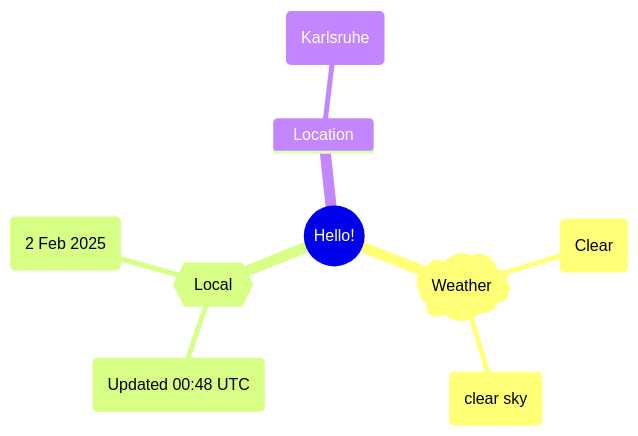
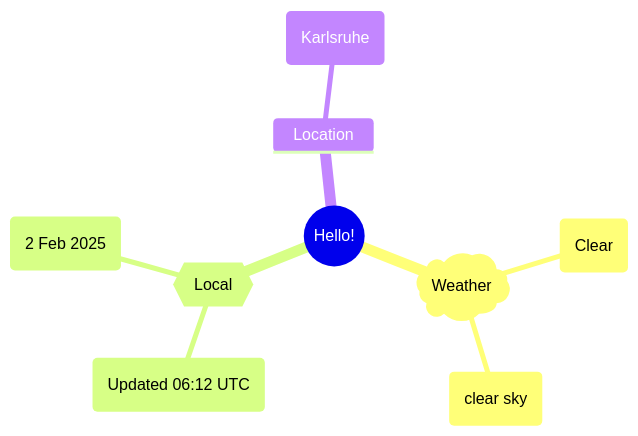
Before and after one commit to Xosrov/Xosrov: the first of 2 diagrams in README.md, drawn with Mermaid.

Commit message:
[bot] updated images

````diff
--- a/README.md
+++ b/README.md
@@ -3,12 +3,12 @@
 ```mermaid
 mindmap
   root((Hello!))
     )Weather(
         (Clear)
         (clear sky)
     {{Local}}
-        (Updated 00:48 UTC)
+        (Updated 06:12 UTC)
         (2 Feb 2025)
     Location
         (Karlsruhe)
 ```
````
